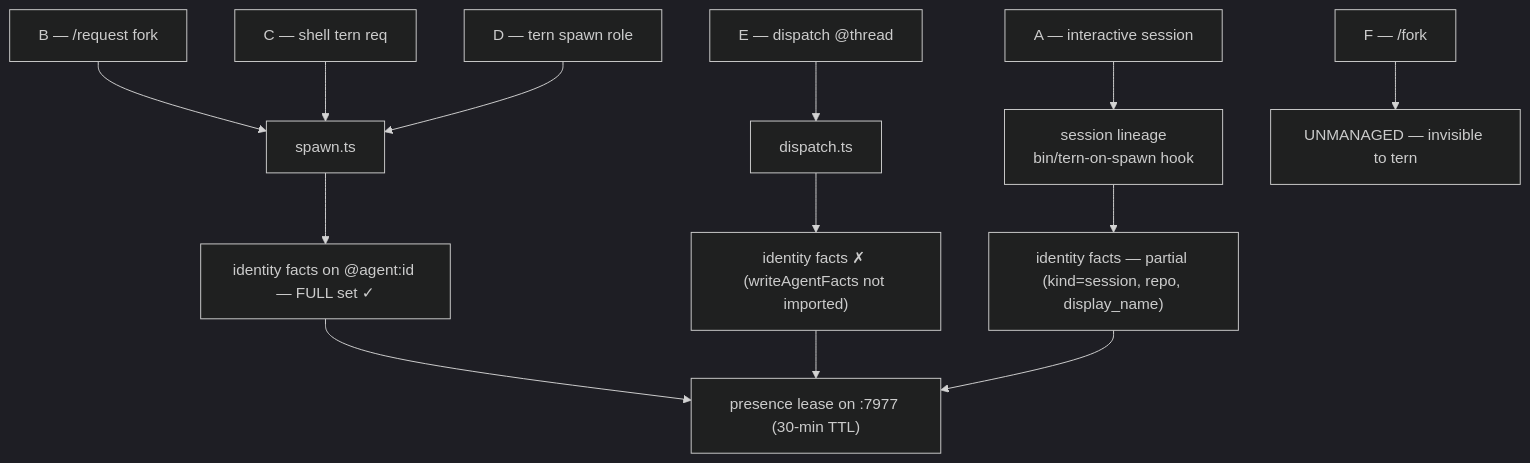
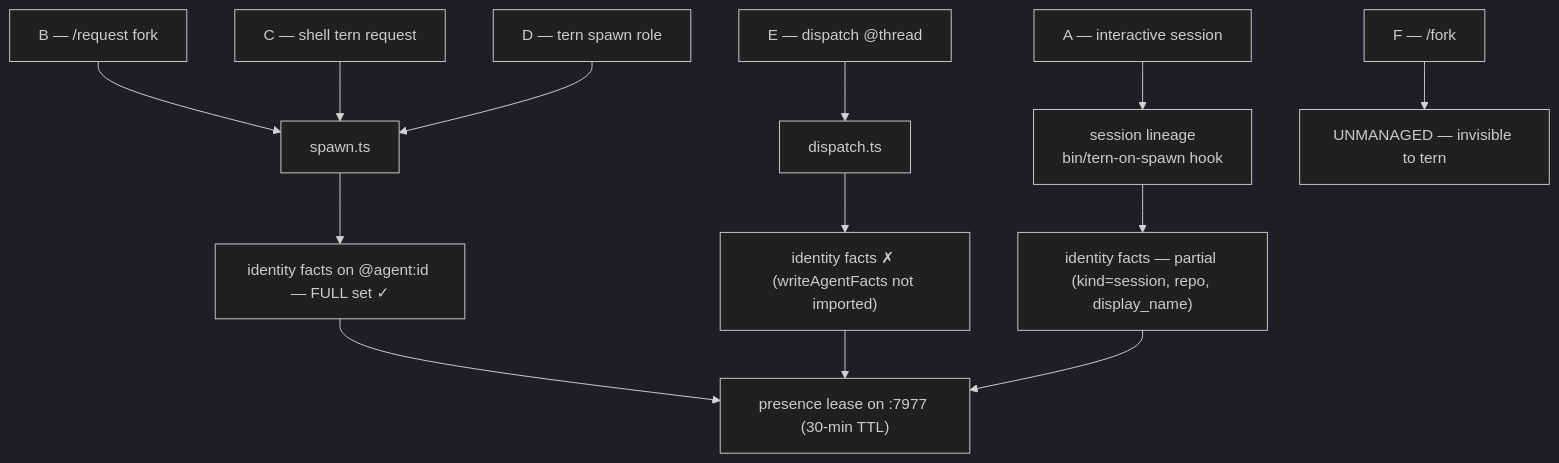
One commit to tompassarelli/firn changed the second of 10 diagrams in dotfiles/claude/docs/workflow-map.md. Above: the diagram before and after it, drawn with Mermaid (dark theme). The commit also changed other lines of this file, not shown here.

Commit message:
docs(workflow-map): tern req -> tern request; /req -> /request (verb renamed, full-word preference)

````diff
--- a/dotfiles/claude/docs/workflow-map.md
+++ b/dotfiles/claude/docs/workflow-map.md
@@ -78,15 +78,15 @@
 ```mermaid
 flowchart TD
     A["A — interactive session"] --> SES["session lineage<br/>bin/tern-on-spawn hook"]
     B["B — /request fork"] --> SP["spawn.ts"]
-    C["C — shell tern req"] --> SP
+    C["C — shell tern request"] --> SP
     D["D — tern spawn role"] --> SP
     E["E — dispatch @thread"] --> DI["dispatch.ts"]
     F["F — /fork"] --> X["UNMANAGED — invisible to tern"]
     SP --> IDF["identity facts on @agent:id — FULL set ✓"]
     DI --> NOID["identity facts ✗ (writeAgentFacts not imported)"]
     SES --> PART["identity facts — partial (kind=session, repo, display_name)"]
     IDF --> P["presence lease on :7977 (30-min TTL)"]
     NOID --> P
     PART --> P
 ```
````
